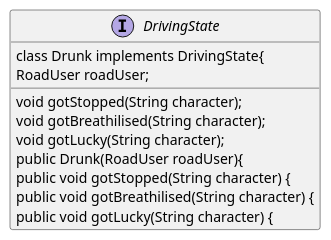
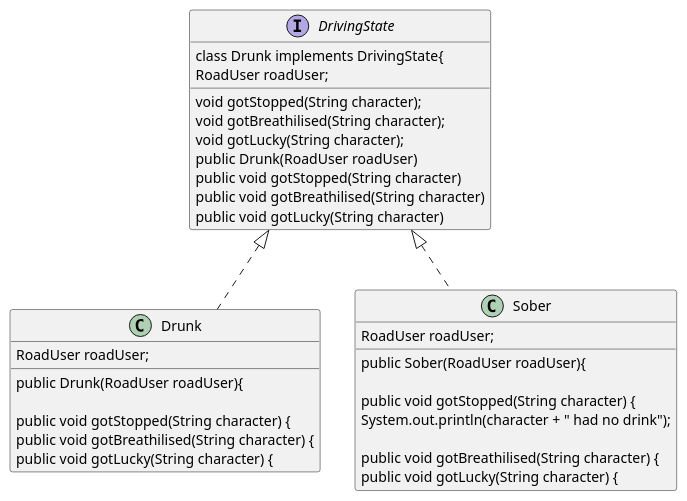
One commit to DeclanBU/Design_Patterns_Project changed the diagram in plantUmlDiagrams/State.puml. Above: the diagram before and after it, drawn with PlantUML. The commit also changed 2 other files, not shown here.

```diff
--- a/plantUmlDiagrams/State.puml
+++ b/plantUmlDiagrams/State.puml
@@ -1,30 +1,41 @@
 @startuml
 
  interface DrivingState {
     void gotStopped(String character);
     void gotBreathilised(String character);
     void gotLucky(String character);
 
     class Drunk implements DrivingState{
         RoadUser roadUser;
 
-        public Drunk(RoadUser roadUser){
+        public Drunk(RoadUser roadUser)
+        public void gotStopped(String character)
+        public void gotBreathilised(String character)
+        public void gotLucky(String character)
+
+}
+class Drunk implements DrivingState{
+    RoadUser roadUser;
+
+    public Drunk(RoadUser roadUser){
+
+    public void gotStopped(String character) {
+    public void gotBreathilised(String character) {
+    public void gotLucky(String character) {
+
+}
+class Sober implements DrivingState{
+    RoadUser roadUser;
+
+    public Sober(RoadUser roadUser){
+
+    public void gotStopped(String character) {
+        System.out.println(character + " had no drink");
+
+    public void gotBreathilised(String character) {
 
 
-        public void gotStopped(String character) {
-
-
-
-        public void gotBreathilised(String character) {
-
-
-        public void gotLucky(String character) {
-
-
-
-
+    public void gotLucky(String character) {
 
 }
-
-
 @enduml
```
